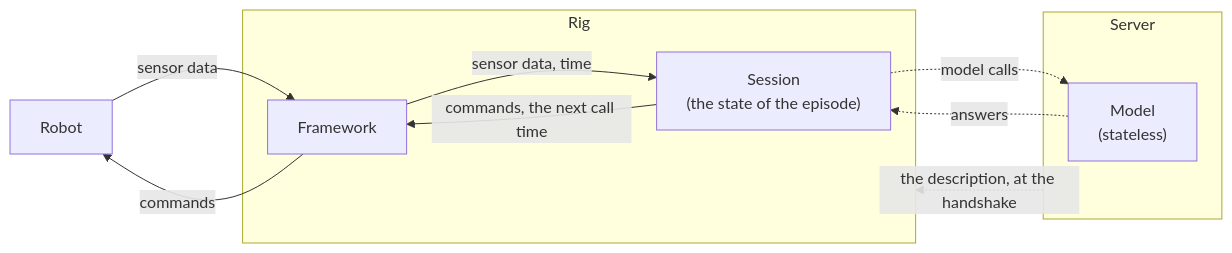
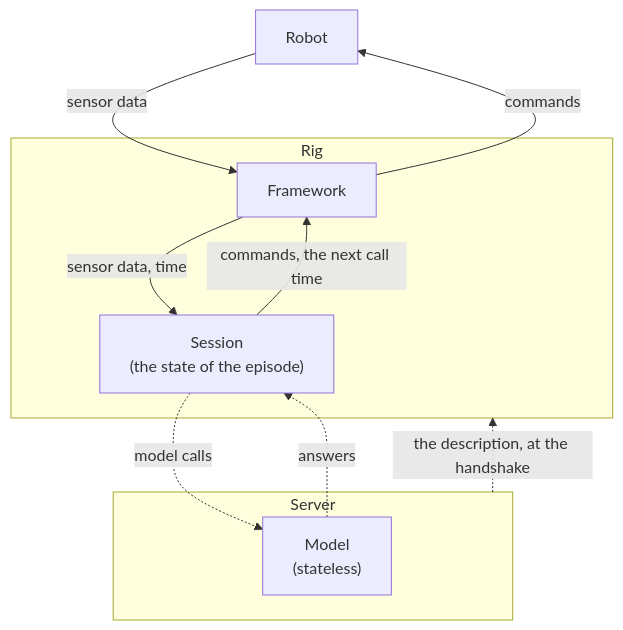
The first of 3 diagrams in positronic/policy/DESIGN.md (Positronic-Robotics/positronic), drawn with Mermaid before and after one commit. The commit also changed other lines of this file, not shown here.

Commit message:
Make the overview diagram vertical and name the answer in the sequence

````diff
--- a/positronic/policy/DESIGN.md
+++ b/positronic/policy/DESIGN.md
@@ -132,18 +132,18 @@
 ```mermaid
-flowchart LR
+flowchart TB
     robot[Robot]
     subgraph rig [Rig]
         fw[Framework]
         s["Session<br/>(the state of the episode)"]
     end
     subgraph server [Server]
         m["Model<br/>(stateless)"]
     end
     robot -- "sensor data" --> fw
     fw -- "commands" --> robot
     fw -- "sensor data, time" --> s
     s -- "commands, the next call time" --> fw
     s -. "model calls" .-> m
     m -. "answers" .-> s
     server -. "the description, at the handshake" .-> rig
 ```
````
